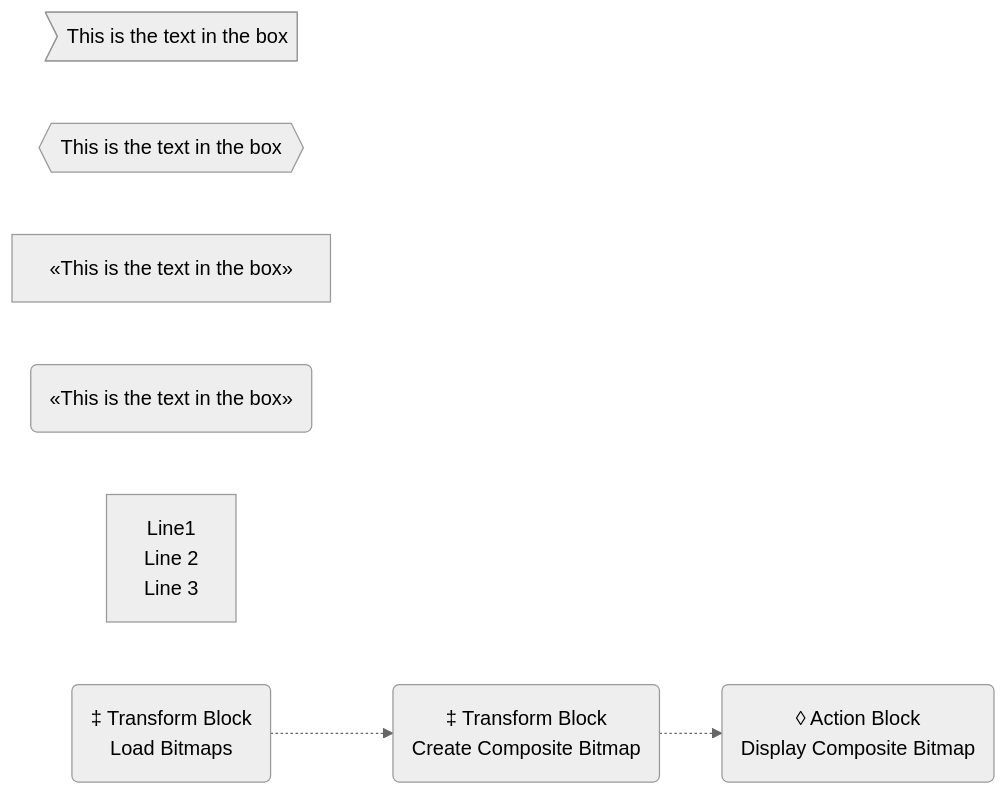
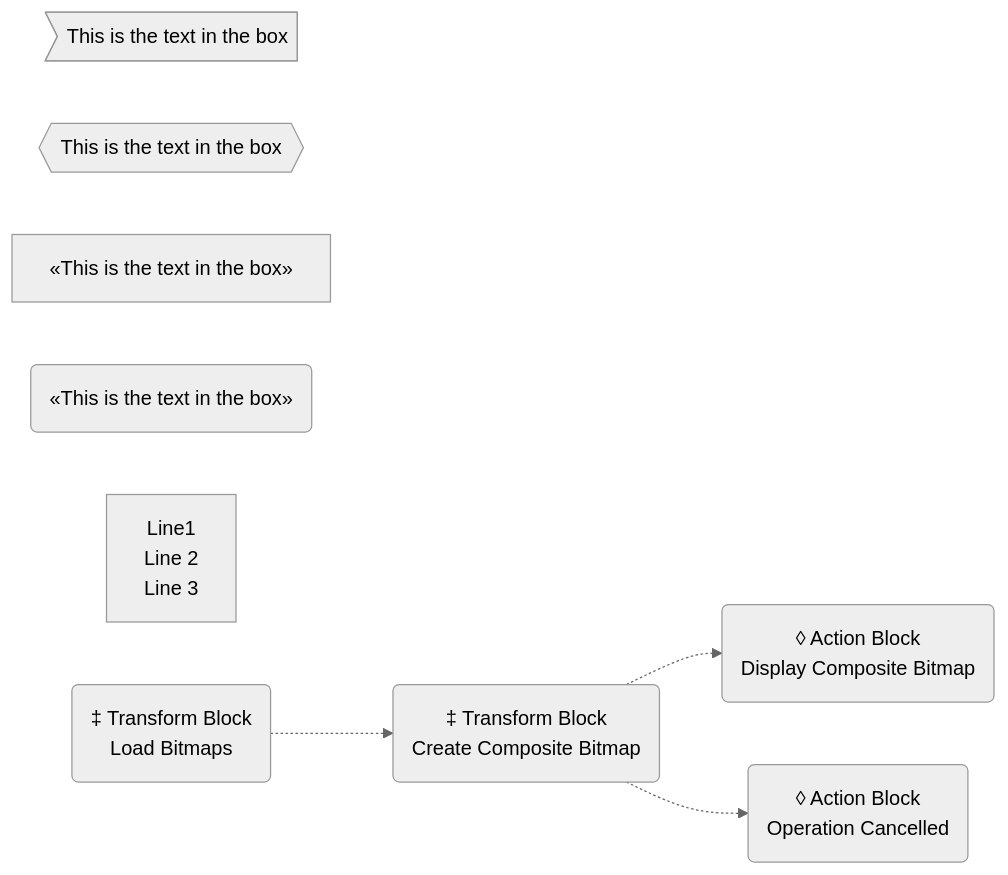
Before and after one commit to MartinRL/TplDataflow: the diagram in CompositeImages/CompositeImages.mmd, drawn with Mermaid (neutral theme).

Commit message:
add operation cancelled

```diff
--- a/CompositeImages/CompositeImages.mmd
+++ b/CompositeImages/CompositeImages.mmd
@@ -1,23 +1,27 @@
 flowchart LR
     id1>This is the text in the box]
 
     id2{{This is the text in the box}}
 
     id3["«This is the text in the box»"]
 
     id4("«This is the text in the box»")
 
     newLines["Line1
     Line 2
     Line 3"]
 
     lB("‡ Transform Block 
     Load Bitmaps")
 
     cCB("‡ Transform Block 
     Create Composite Bitmap")
 
     dCB("◊ Action Block 
     Display Composite Bitmap")
 
+    oC("◊ Action Block 
+    Operation Cancelled")
+
     lB .-> cCB .-> dCB
+    cCB .-> oC
```
